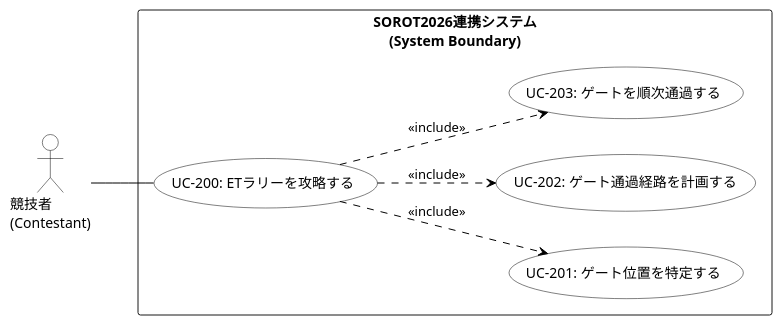
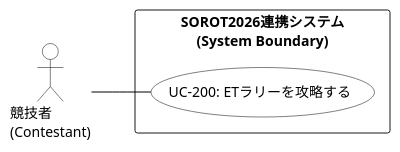
One commit to darts-cloud/note changed the diagram in content/06_etrobokon2026_agy/要求モデル/02p_UMLユースケース図_PlantUML.md. Above: the diagram before and after it, drawn with PlantUML. The commit also changed other lines of this file and 3 other files, not shown here.

````diff
--- a/content/06_etrobokon2026_agy/要求モデル/02p_UMLユースケース図_PlantUML.md
+++ b/content/06_etrobokon2026_agy/要求モデル/02p_UMLユースケース図_PlantUML.md
@@ -16,39 +16,33 @@
 ```plantuml
 @startuml
 left to right direction
 skinparam packageStyle rect
 skinparam shadowing false
 skinparam monochrome true
 
 ' スタイルの微調整 (プレミアムデザインに調和するシンプルなモノトーン)
 skinparam usecase {
     BackgroundColor white
     BorderColor black
     ArrowColor black
 }
 skinparam actor {
     BackgroundColor white
     BorderColor black
 }
 
 ' アクターの定義 (唯一の主アクター)
 actor "競技者\n(Contestant)" as Contestant
 
 ' システム境界とユースケースの定義
 rectangle "SOROT2026連携システム\n(System Boundary)" {
     usecase "UC-200: ETラリーを攻略する" as UC200
-    usecase "UC-201: ゲート位置を特定する" as UC201
-    usecase "UC-202: ゲート通過経路を計画する" as UC202
-    usecase "UC-203: ゲートを順次通過する" as UC203
 }
 
 ' アソシエーション (主アクターから最上位UCへの一本化)
 Contestant -- UC200
 
-' ユースケース間の関係性 (Cockburnポリシーの徹底)
-UC200 ..> UC201 : <<include>>
-UC200 ..> UC202 : <<include>>
-UC200 ..> UC203 : <<include>>
+' ユースケース間の関係性はUC-200に統合されたため不要
 
 @enduml
 ```
````
